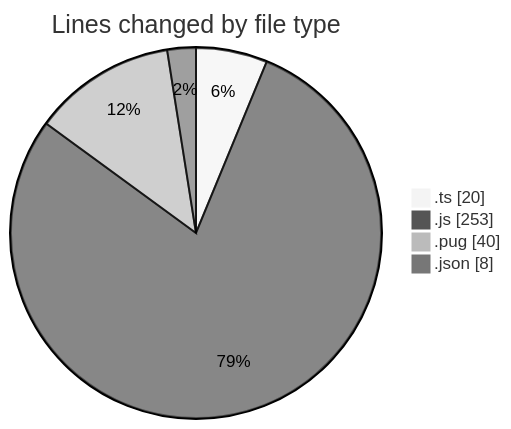
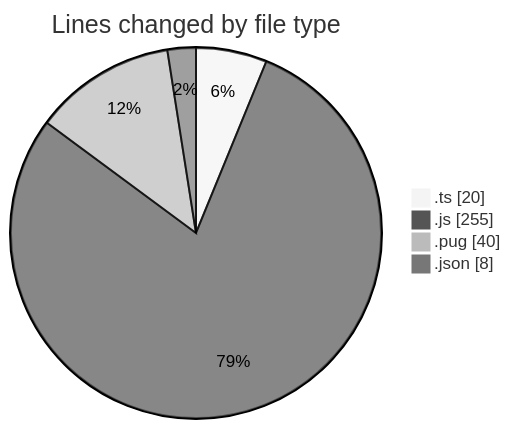
One commit to momahboobian/code-tracking changed the first of 2 diagrams in 2025-02-25/cda/README.md. Above: the diagram before and after it, drawn with Mermaid (neutral theme). The commit also changed other lines of this file and 1 other file, not shown here.

````diff
--- a/2025-02-25/cda/README.md
+++ b/2025-02-25/cda/README.md
@@ -25,8 +25,8 @@
 ```mermaid
 pie showData
 title Lines changed by file type
 ".ts" : 20
-".js" : 253
+".js" : 255
 ".pug" : 40
 ".json" : 8
 ```
````
